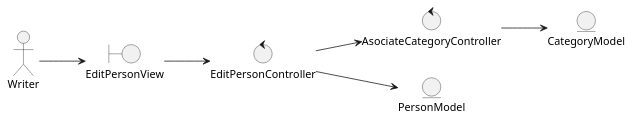
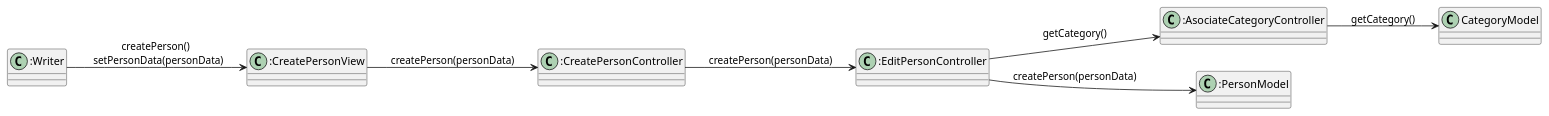
Before and after one commit to nataliacasanova/analesdelaciencia: diagram 13 of 33 in index.adoc, drawn with PlantUML. The commit also changed other lines of this file and 49 other files, not shown here.

Commit message:
diagramas

```diff
--- a/index.adoc
+++ b/index.adoc
@@ -866,17 +896,19 @@
-[plantuml, editPersonAnalisis, svg]
+[plantuml, createPersonAnalisisCollaboration, svg]
 ....
 left to right direction
 
-actor Writer
-boundary EditPersonView
-control EditPersonController
-control AsociateCategoryController
-entity PersonModel
-entity CategoryModel
+class Writer as ":Writer"
+class CreatePersonView as ":CreatePersonView"
+class CreatePersonController as ":CreatePersonController"
+class EditPersonController as ":EditPersonController"
+class AsociateCategoryController as ":AsociateCategoryController"
+class PersonModel as ":PersonModel"
+class CategoryModel as "CategoryModel"
 
-Writer --> EditPersonView
-EditPersonView --> EditPersonController
-EditPersonController --> AsociateCategoryController
-EditPersonController --> PersonModel
-AsociateCategoryController --> CategoryModel
+Writer --> CreatePersonView : "createPerson() \n setPersonData(personData)"
+CreatePersonView --> CreatePersonController : "createPerson(personData)"
+CreatePersonController --> EditPersonController : "createPerson(personData)"
+EditPersonController --> AsociateCategoryController : "getCategory()"
+EditPersonController --> PersonModel : "createPerson(personData)"
+AsociateCategoryController --> CategoryModel : "getCategory()"
 ....
```
